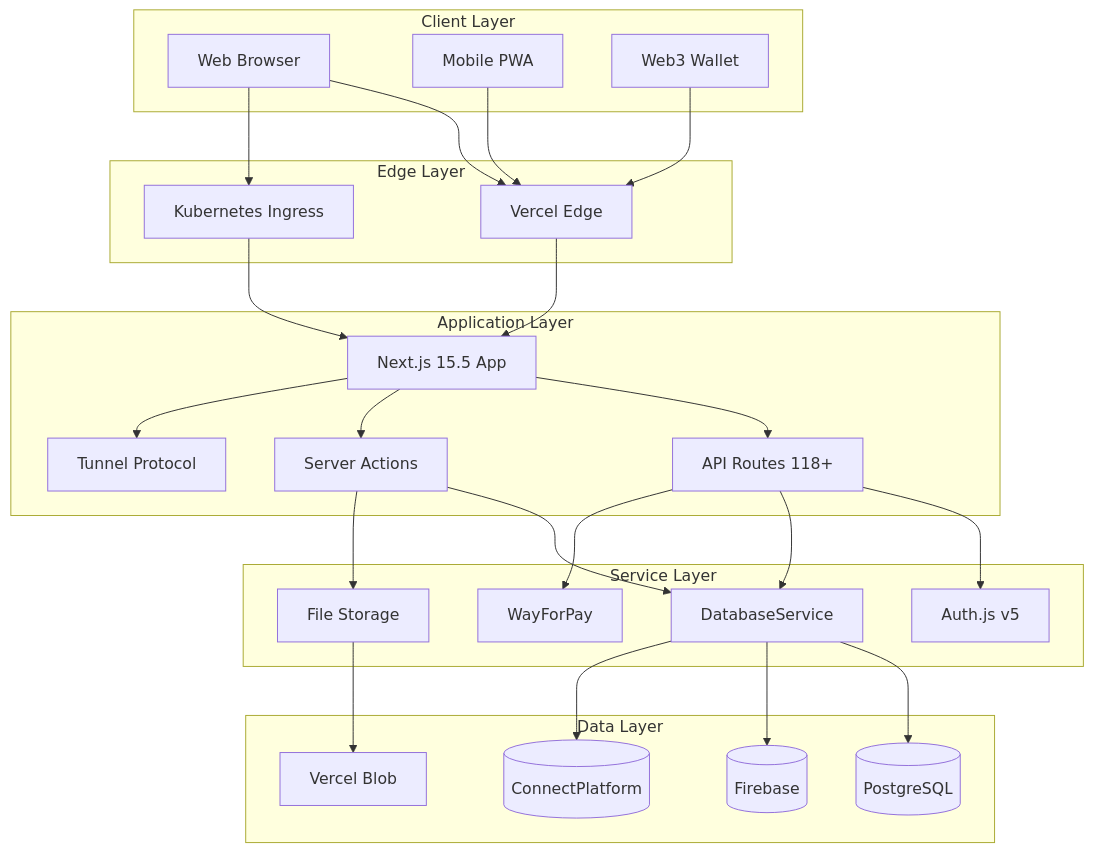
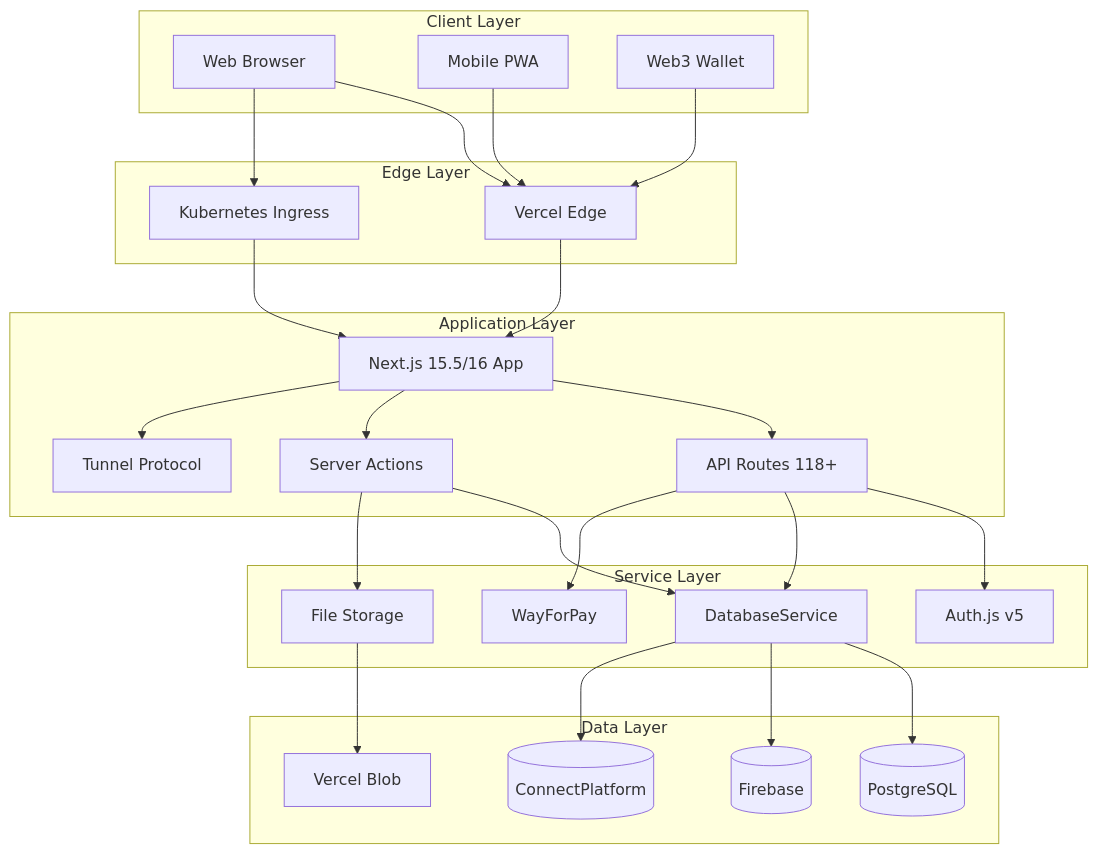
The third of 10 diagrams in README.md (connectplatform/ring), drawn with Mermaid before and after one commit. The commit also changed other lines of this file and 2 other files, not shown here.

Commit message:
v 1.50. - Support for Next.js 16, highlighting new features such as Turbopack and async params. - ROADMAP.md reflect the latest achievements and current status as of February 8, 2026.

````diff
--- a/README.md
+++ b/README.md
@@ -194,57 +203,57 @@
 ```mermaid
 flowchart TB
     subgraph Client["Client Layer"]
         WEB[Web Browser]
         MOBILE[Mobile PWA]
         WALLET[Web3 Wallet]
     end
     
     subgraph Edge["Edge Layer"]
         VERCEL[Vercel Edge]
         K8S[Kubernetes Ingress]
     end
     
     subgraph App["Application Layer"]
-        NEXT[Next.js 15.5 App]
+        NEXT[Next.js 15.5/16 App]
         API[API Routes 118+]
         ACTIONS[Server Actions]
         TUNNEL[Tunnel Protocol]
     end
     
     subgraph Services["Service Layer"]
         AUTH[Auth.js v5]
         DB[DatabaseService]
         PAYMENT[WayForPay]
         STORAGE[File Storage]
     end
     
     subgraph Data["Data Layer"]
         PG[(PostgreSQL)]
         FB[(Firebase)]
         CP[(ConnectPlatform)]
         BLOB[Vercel Blob]
     end
     
     WEB --> VERCEL
     MOBILE --> VERCEL
     WALLET --> VERCEL
     WEB --> K8S
     
     VERCEL --> NEXT
     K8S --> NEXT
     
     NEXT --> API
     NEXT --> ACTIONS
     NEXT --> TUNNEL
     
     API --> AUTH
     API --> DB
     API --> PAYMENT
     ACTIONS --> DB
     ACTIONS --> STORAGE
     
     DB --> PG
     DB --> FB
     DB --> CP
     STORAGE --> BLOB
 ```
````
